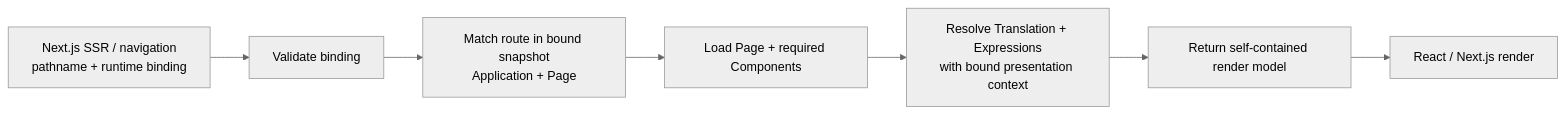
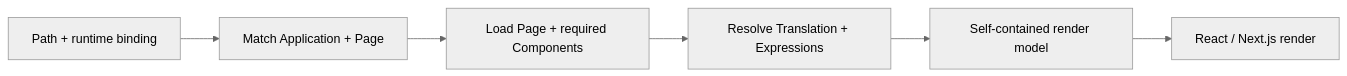
Before and after one commit to taskmigo/docs: the fourth of 4 diagrams in content/versions/v0/manuals/runtime.mdx, drawn with Mermaid (neutral theme). The commit also changed other lines of this file and 25 other files, not shown here.

````diff
--- a/content/versions/v0/manuals/runtime.mdx
+++ b/content/versions/v0/manuals/runtime.mdx
@@ -120,9 +104,8 @@
 ```mermaid
 flowchart LR
-  request["Next.js SSR / navigation\npathname + runtime binding"] --> validate["Validate binding"]
-  validate --> route["Match route in bound snapshot\nApplication + Page"]
-  route --> render["Load Page + required Components"]
-  render --> expression["Resolve Translation + Expressions\nwith bound presentation context"]
-  expression --> model["Return self-contained render model"]
-  model --> next["React / Next.js render"]
+  request["Path + runtime binding"] --> route["Match Application + Page"]
+  route --> tree["Load Page + required Components"]
+  tree --> values["Resolve Translation + Expressions"]
+  values --> model["Self-contained render model"]
+  model --> render["React / Next.js render"]
 ```
````
